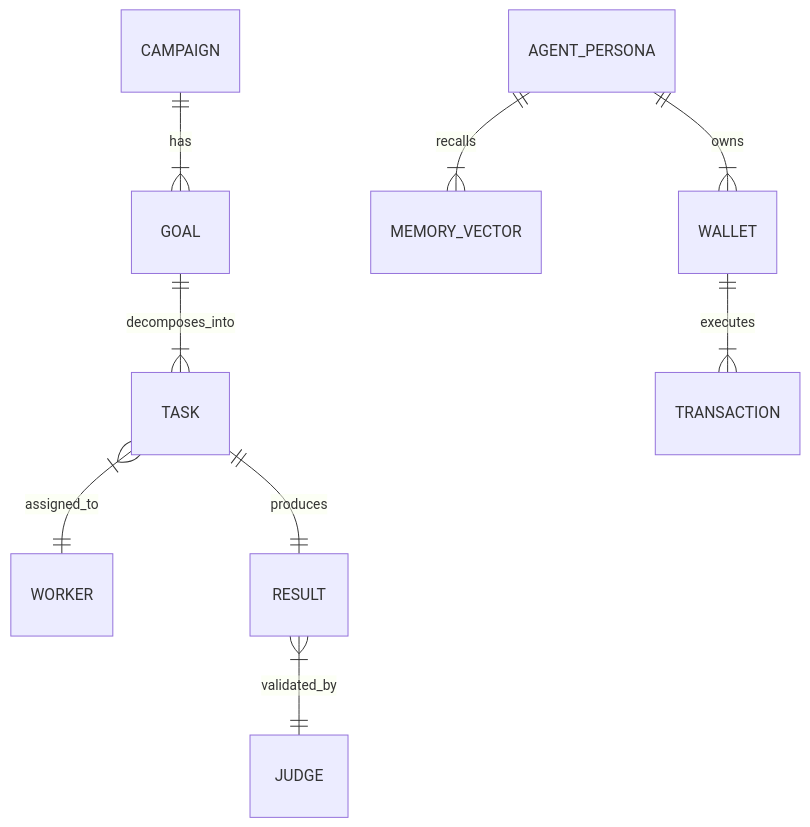
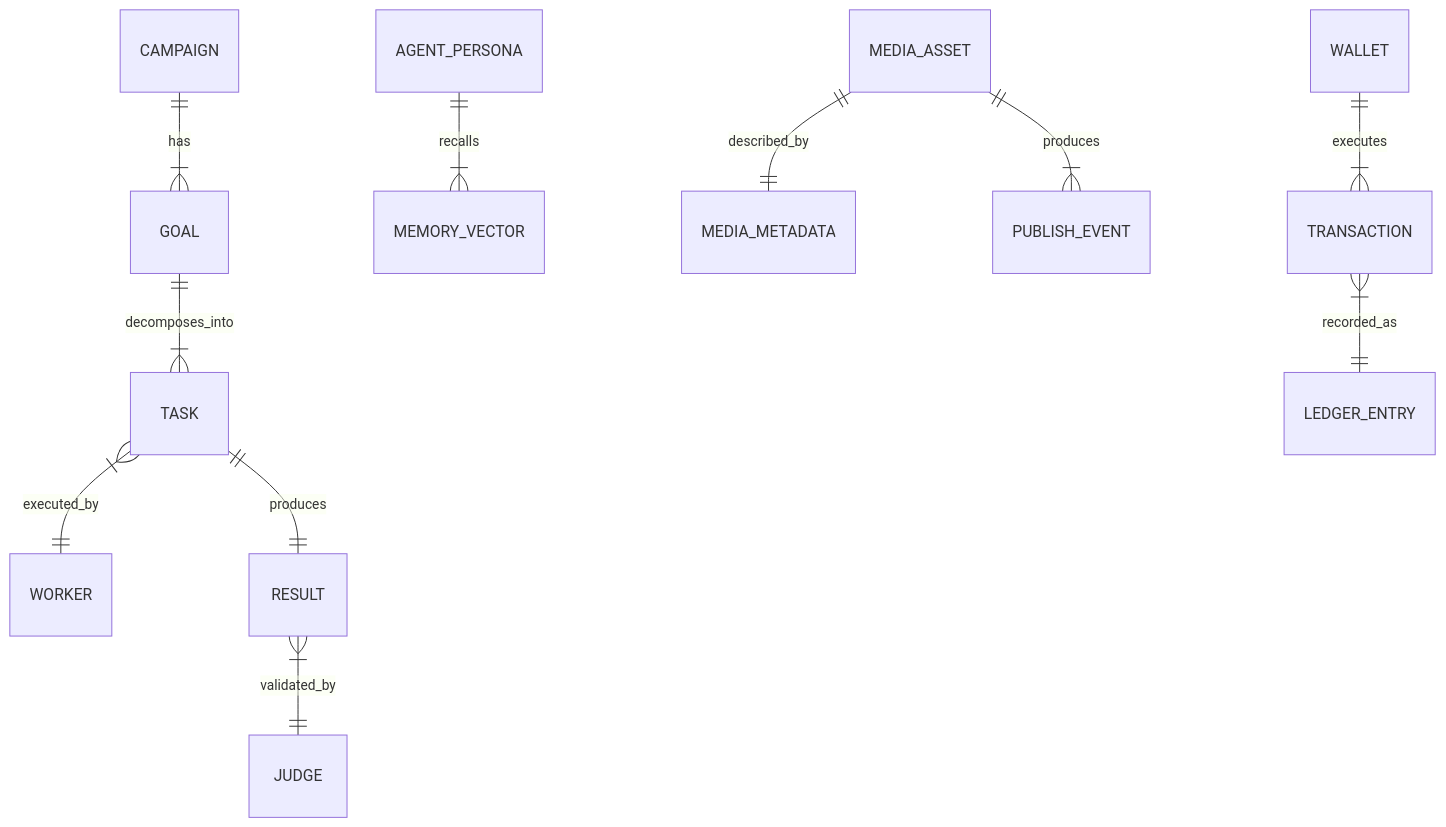
The third of 3 diagrams in research/architecture_strategy.md (leuel-a/chimera), drawn with Mermaid before and after one commit. The commit also changed other lines of this file, not shown here.

Commit message:
Refine architecture strategy documentation for Project Chimera, emphasizing the FastRender Swarm model and its components. Update agent roles, task lifecycle, and governance protocols to enhance clarity and detail.

````diff
--- a/research/architecture_strategy.md
+++ b/research/architecture_strategy.md
@@ -115,13 +161,15 @@
 ```mermaid
 erDiagram
-    CAMPAIGN ||--|{ GOAL : has
-    GOAL ||--|{ TASK : decomposes_into
-    TASK }|--|| WORKER : assigned_to
-    TASK ||--|| RESULT : produces
-    RESULT }|--|| JUDGE : validated_by
+  CAMPAIGN ||--|{ GOAL : has
+  GOAL ||--|{ TASK : decomposes_into
+  TASK }|--|| WORKER : executed_by
+  TASK ||--|| RESULT : produces
+  RESULT }|--|| JUDGE : validated_by
 
-    AGENT_PERSONA ||--|{ MEMORY_VECTOR : recalls
-    AGENT_PERSONA ||--|{ WALLET : owns
+  AGENT_PERSONA ||--|{ MEMORY_VECTOR : recalls
+  MEDIA_ASSET ||--|| MEDIA_METADATA : described_by
+  MEDIA_ASSET ||--|{ PUBLISH_EVENT : produces
 
-    WALLET ||--|{ TRANSACTION : executes
+  WALLET ||--|{ TRANSACTION : executes
+  TRANSACTION }|--|| LEDGER_ENTRY : recorded_as
 ```
````
